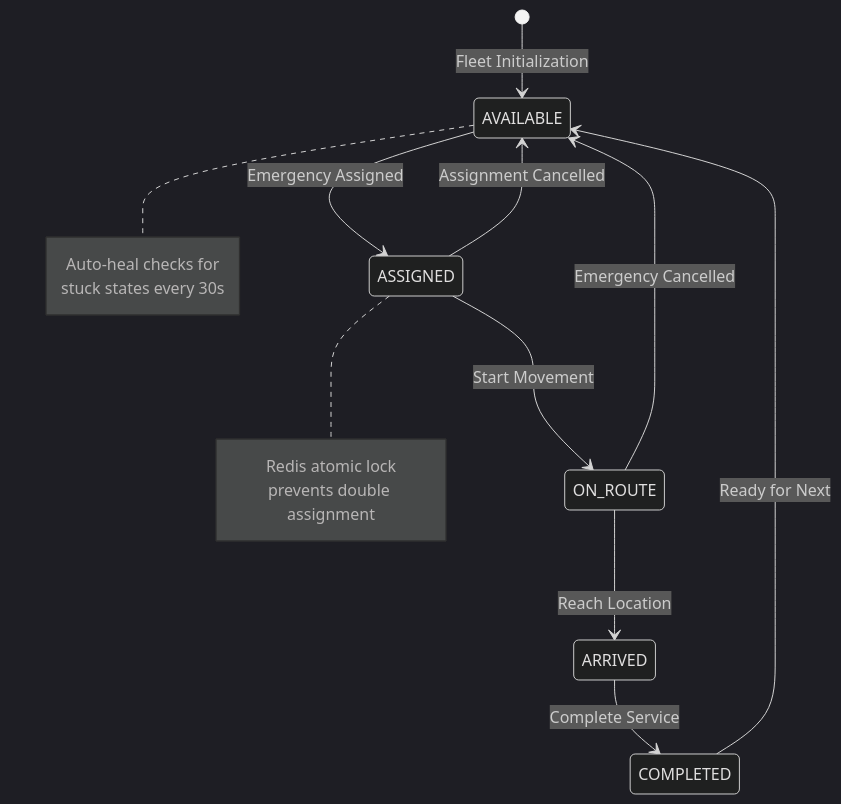
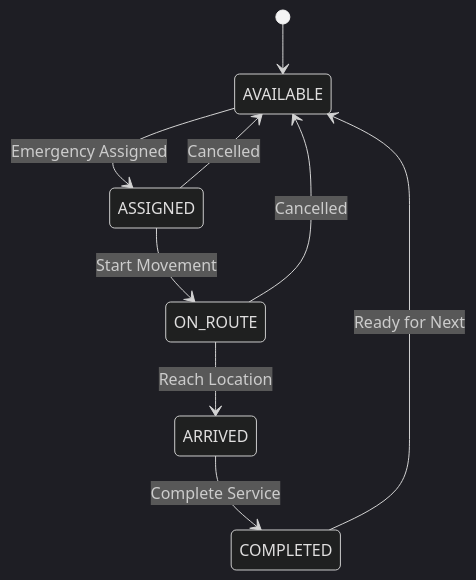
One commit to bhosalevivek04/Emergency-Dispatch-System changed the third of 3 diagrams in README.md. Above: the diagram before and after it, drawn with Mermaid (dark theme). The commit also changed other lines of this file, not shown here.

````diff
--- a/README.md
+++ b/README.md
@@ -207,23 +117,13 @@
 ```mermaid
 stateDiagram-v2
-    [*] --> AVAILABLE: Fleet Initialization
+    [*] --> AVAILABLE
     
     AVAILABLE --> ASSIGNED: Emergency Assigned
     ASSIGNED --> ON_ROUTE: Start Movement
     ON_ROUTE --> ARRIVED: Reach Location
     ARRIVED --> COMPLETED: Complete Service
     COMPLETED --> AVAILABLE: Ready for Next
     
-    ASSIGNED --> AVAILABLE: Assignment Cancelled
-    ON_ROUTE --> AVAILABLE: Emergency Cancelled
-    
-    note right of AVAILABLE
-        Auto-heal checks for
-        stuck states every 30s
-    end note
-    
-    note right of ASSIGNED
-        Redis atomic lock
-        prevents double assignment
-    end note
+    ASSIGNED --> AVAILABLE: Cancelled
+    ON_ROUTE --> AVAILABLE: Cancelled
 ```
````
